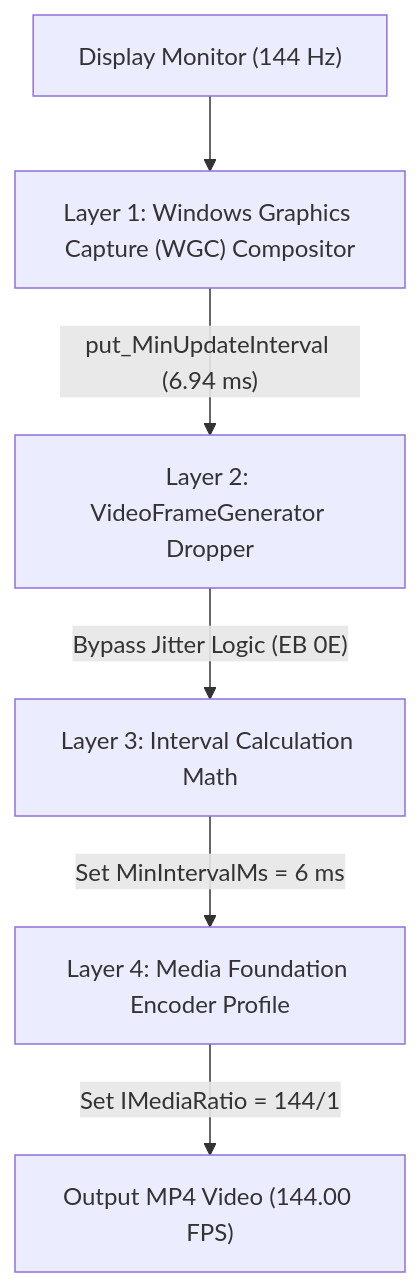
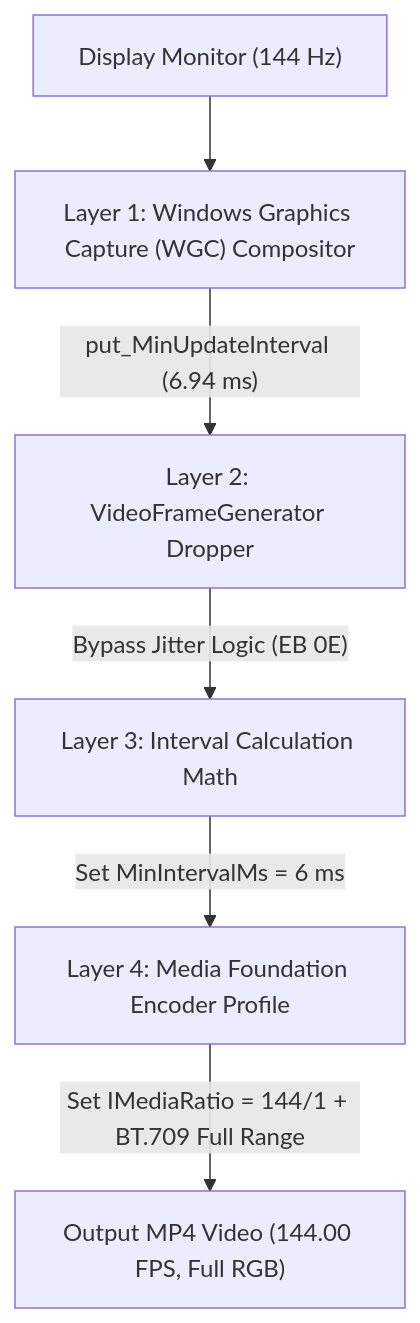
Before and after one commit to BMQ-1/High-Snipping-Frames: the diagram in README.md, drawn with Mermaid. The commit also changed other lines of this file and 6 other files, not shown here.

Commit message:
Implement Tier 1 real frame fidelity (MMCSS boosting & BT.709 full range) and update README for GitHub release

````diff
--- a/README.md
+++ b/README.md
@@ -71,8 +82,8 @@
 ```mermaid
 flowchart TD
     A["Display Monitor (144 Hz)"] --> B["Layer 1: Windows Graphics Capture (WGC) Compositor"]
     B -->|"put_MinUpdateInterval (6.94 ms)"| C["Layer 2: VideoFrameGenerator Dropper"]
     C -->|"Bypass Jitter Logic (EB 0E)"| D["Layer 3: Interval Calculation Math"]
     D -->|"Set MinIntervalMs = 6 ms"| E["Layer 4: Media Foundation Encoder Profile"]
-    E -->|"Set IMediaRatio = 144/1"| F["Output MP4 Video (144.00 FPS)"]
+    E -->|"Set IMediaRatio = 144/1 + BT.709 Full Range"| F["Output MP4 Video (144.00 FPS, Full RGB)"]
 ```
````
